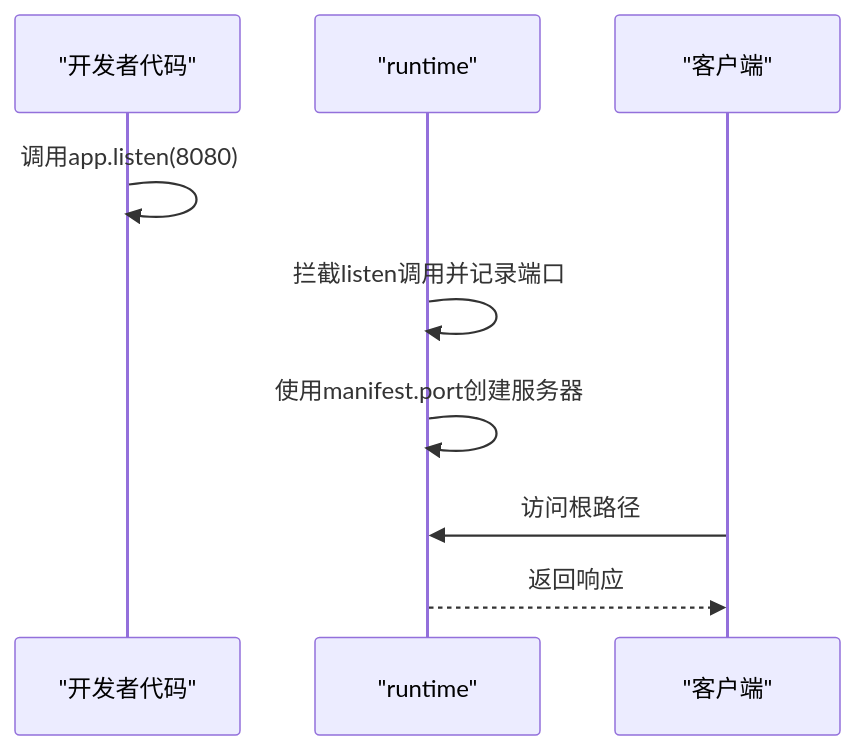
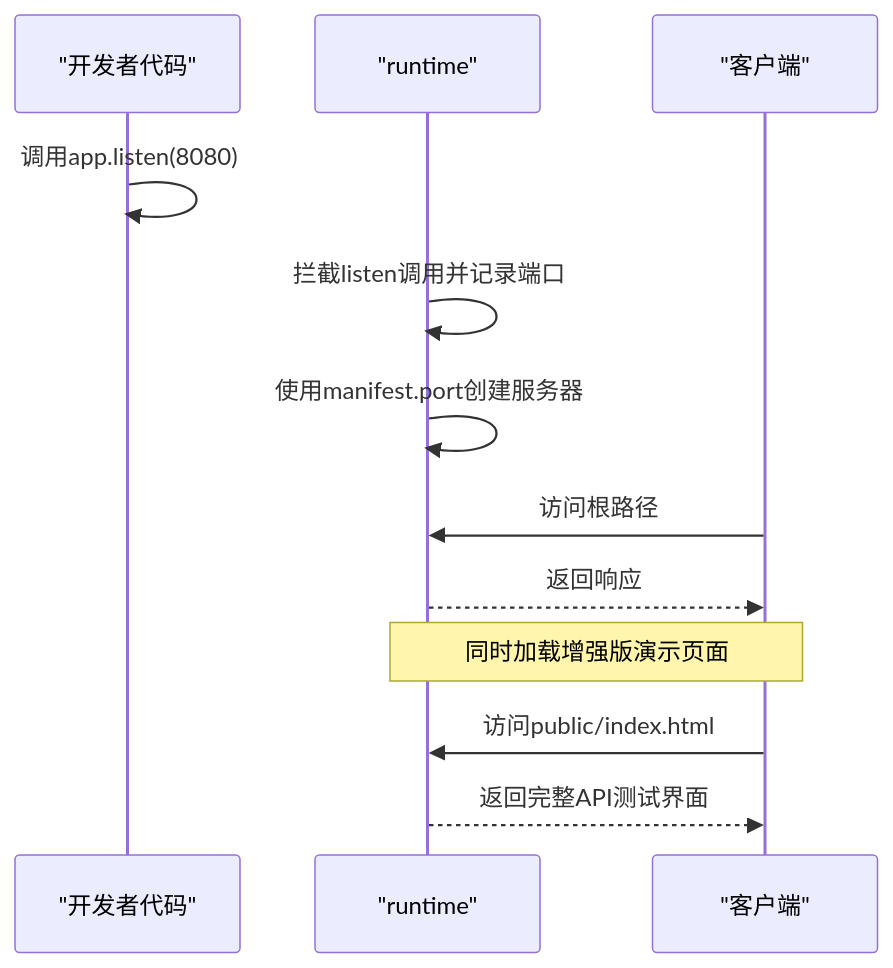
The fifth of 12 diagrams in .qoder/repowiki/zh/content/后端框架测试/Express框架测试.md (esa-sp/test-for-aone-ci), drawn with Mermaid before and after one commit. The commit also changed other lines of this file and 39 other files, not shown here.

````diff
--- a/.qoder/repowiki/zh/content/后端框架测试/Express框架测试.md
+++ b/.qoder/repowiki/zh/content/后端框架测试/Express框架测试.md
@@ -281,11 +339,14 @@
 ```mermaid
 sequenceDiagram
 participant Dev as "开发者代码"
 participant RT as "runtime"
 participant Client as "客户端"
 Dev->>Dev : 调用app.listen(8080)
 RT->>RT : 拦截listen调用并记录端口
 RT->>RT : 使用manifest.port创建服务器
 Client->>RT : 访问根路径
 RT-->>Client : 返回响应
+Note over Client,RT : 同时加载增强版演示页面
+Client->>RT : 访问public/index.html
+RT-->>Client : 返回完整API测试界面
 ```
````
